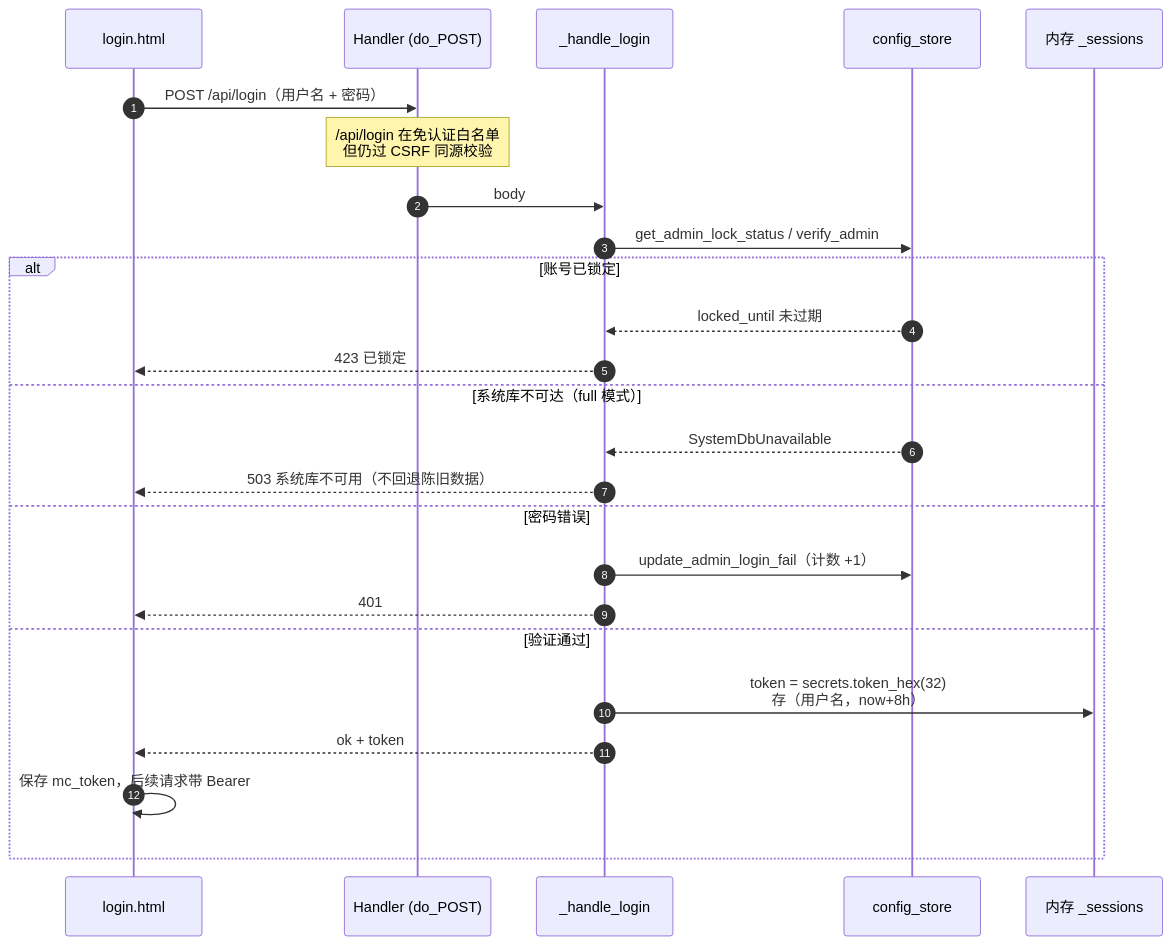
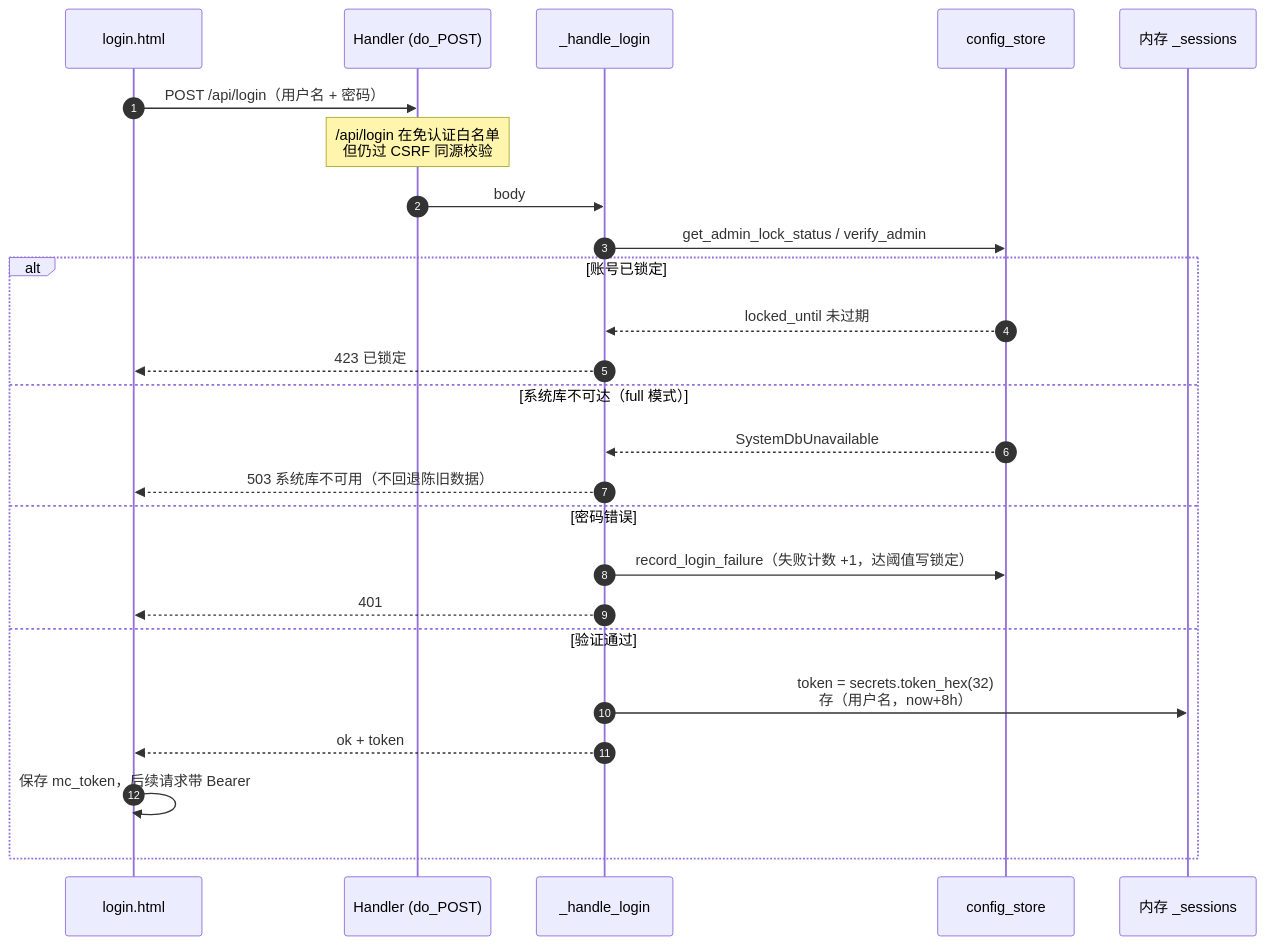
Before and after one commit to zetsubouk/mysql-console: the second of 11 diagrams in docs/wiki/08-sequence-diagrams.md, drawn with Mermaid. The commit also changed 2 other files, not shown here.

Commit message:
docs: 同步安全修复(登录锁定/zip-slip/密钥权限/库名守卫)到 DEVLOG 与 Code Wiki

````diff
--- a/docs/wiki/08-sequence-diagrams.md
+++ b/docs/wiki/08-sequence-diagrams.md
@@ -41,28 +41,28 @@
 ```mermaid
 sequenceDiagram
     autonumber
     participant B as login.html
     participant S as Handler (do_POST)
     participant L as _handle_login
     participant CS as config_store
     participant SS as 内存 _sessions
 
     B->>S: POST /api/login（用户名 + 密码）
     Note over S: /api/login 在免认证白名单<br/>但仍过 CSRF 同源校验
     S->>L: body
     L->>CS: get_admin_lock_status / verify_admin
     alt 账号已锁定
         CS-->>L: locked_until 未过期
         L-->>B: 423 已锁定
     else 系统库不可达（full 模式）
         CS-->>L: SystemDbUnavailable
         L-->>B: 503 系统库不可用（不回退陈旧数据）
     else 密码错误
-        L->>CS: update_admin_login_fail（计数 +1）
+        L->>CS: record_login_failure（失败计数 +1，达阈值写锁定）
         L-->>B: 401
     else 验证通过
         L->>SS: token = secrets.token_hex(32)<br/>存（用户名，now+8h）
         L-->>B: ok + token
         B->>B: 保存 mc_token，后续请求带 Bearer
     end
 ```
````
